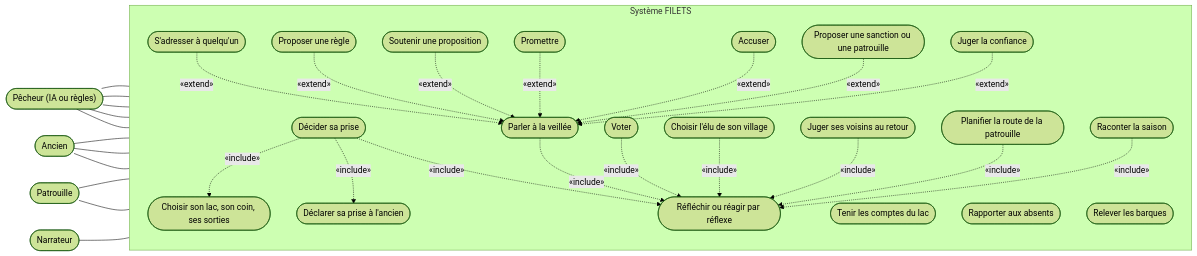
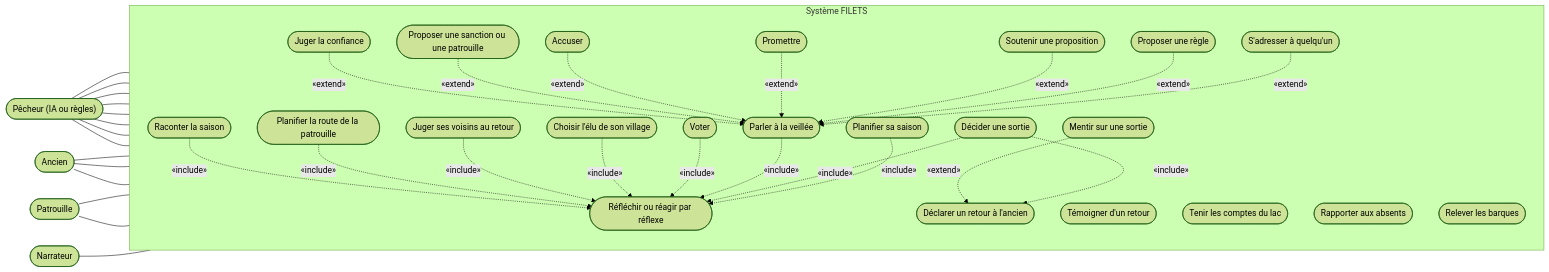
One commit to Romain-LM-Dev/Projet-Parcours---Filets-de-Vellmor changed the fifth of 6 diagrams in docs/uml/cas-utilisation.md. Above: the diagram before and after it, drawn with Mermaid (forest theme). The commit also changed other lines of this file and 14 other files, not shown here.

````diff
--- a/docs/uml/cas-utilisation.md
+++ b/docs/uml/cas-utilisation.md
@@ -234,57 +234,63 @@
 ```mermaid
 flowchart LR
     P(["Pêcheur (IA ou règles)"])
     A(["Ancien"])
     PAT(["Patrouille"])
     N(["Narrateur"])
     subgraph SYS["Système FILETS"]
         direction TB
-        C1(["Décider sa prise"])
-        C2(["Choisir son lac, son coin, ses sorties"])
-        C3(["Déclarer sa prise à l'ancien"])
+        C1(["Planifier sa saison"])
+        C2(["Décider une sortie"])
+        C3(["Déclarer un retour à l'ancien"])
+        C21(["Mentir sur une sortie"])
+        C22(["Témoigner d'un retour"])
         C4(["Parler à la veillée"])
         C5(["S'adresser à quelqu'un"])
         C6(["Proposer une règle"])
         C7(["Soutenir une proposition"])
         C8(["Promettre"])
         C9(["Accuser"])
         C10(["Proposer une sanction ou une patrouille"])
         C11(["Juger la confiance"])
         C12(["Voter"])
         C13(["Choisir l'élu de son village"])
         C14(["Juger ses voisins au retour"])
         C15(["Tenir les comptes du lac"])
         C16(["Rapporter aux absents"])
         C17(["Planifier la route de la patrouille"])
         C18(["Relever les barques"])
         C19(["Raconter la saison"])
         C20(["Réfléchir ou réagir par réflexe"])
     end
     P --- C1
+    P --- C2
+    P --- C3
+    P --- C22
     P --- C4
     P --- C12
     P --- C13
     P --- C14
     A --- C4
     A --- C15
     A --- C16
     PAT --- C17
     PAT --- C18
     N --- C19
-    C1 -. "«include»" .-> C2
-    C1 -. "«include»" .-> C3
     C1 -. "«include»" .-> C20
+    C2 -. "«include»" .-> C20
+    C2 -. "«include»" .-> C3
+    C21 -. "«extend»" .-> C3
     C4 -. "«include»" .-> C20
     C5 -. "«extend»" .-> C4
     C6 -. "«extend»" .-> C4
     C7 -. "«extend»" .-> C4
     C8 -. "«extend»" .-> C4
     C9 -. "«extend»" .-> C4
     C10 -. "«extend»" .-> C4
     C11 -. "«extend»" .-> C4
     C12 -. "«include»" .-> C20
     C13 -. "«include»" .-> C20
     C14 -. "«include»" .-> C20
     C17 -. "«include»" .-> C20
     C19 -. "«include»" .-> C20
 ```
````
